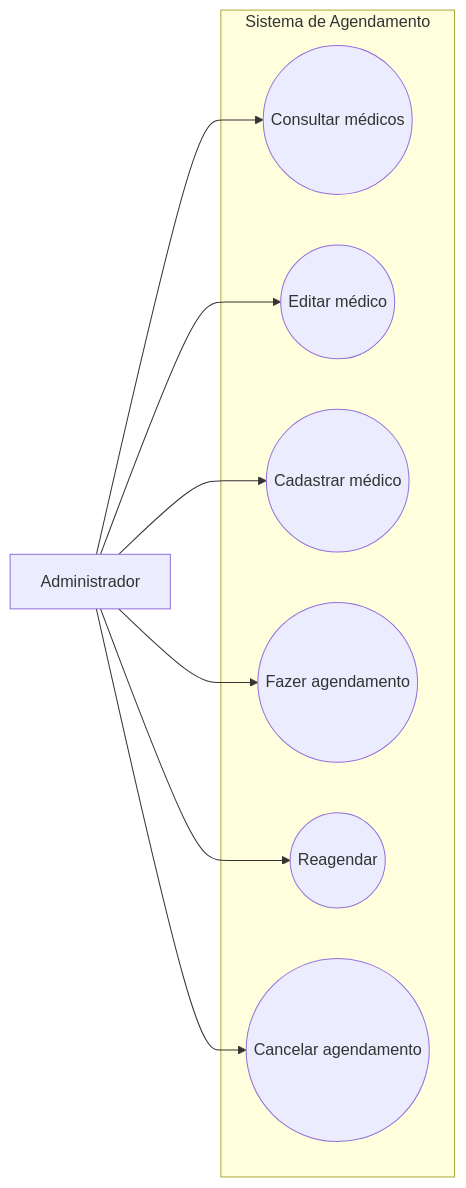
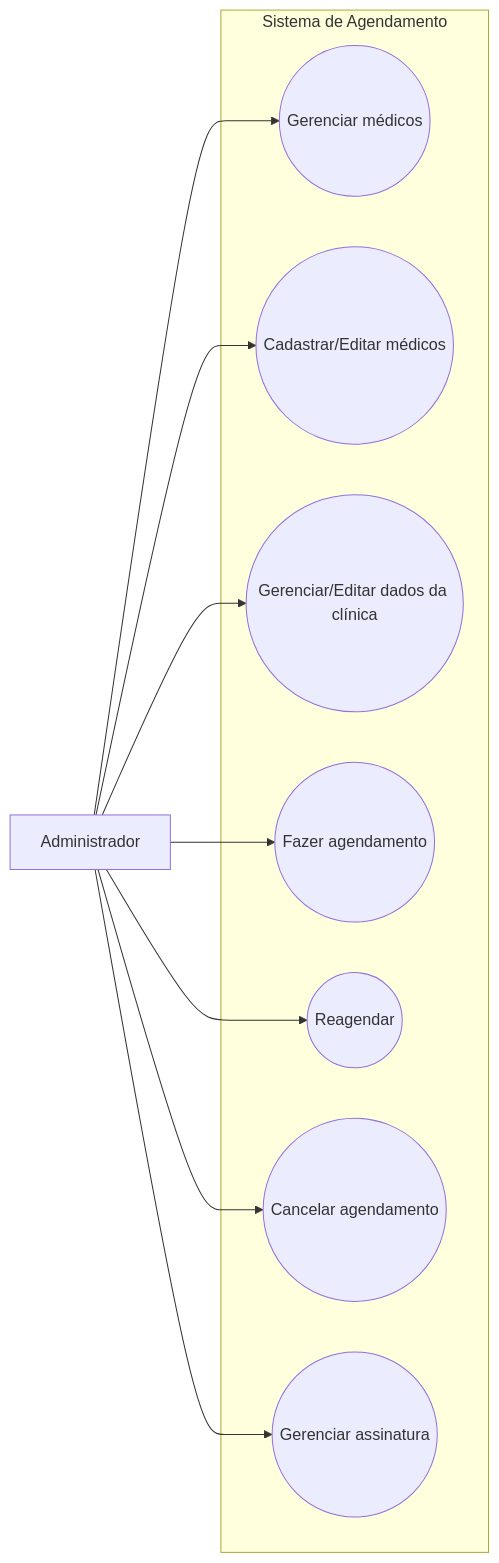
Before and after one commit to InsaneCaio/eng-soft-2026-1: the diagram in docs/casos de uso/administrador.md, drawn with Mermaid. The commit also changed other lines of this file, not shown here.

````diff
--- a/docs/casos de uso/administrador.md
+++ b/docs/casos de uso/administrador.md
@@ -14,21 +15,23 @@
 ```mermaid
 flowchart LR
     A[Administrador]
 
     subgraph Sistema de Agendamento
-        UC1((Consultar médicos))
-        UC2((Editar médico))
-        UC3((Cadastrar médico))
+        UC1((Gerenciar médicos))
+        UC2((Cadastrar/Editar médicos))
+        UC3((Gerenciar/Editar dados da clínica))
         UC4((Fazer agendamento))
         UC5((Reagendar))
         UC6((Cancelar agendamento))
+        UC7((Gerenciar assinatura))
     end
 
     A --> UC1
     A --> UC2
     A --> UC3
     A --> UC4
     A --> UC5
     A --> UC6
+    A --> UC7
 
 ```
````
